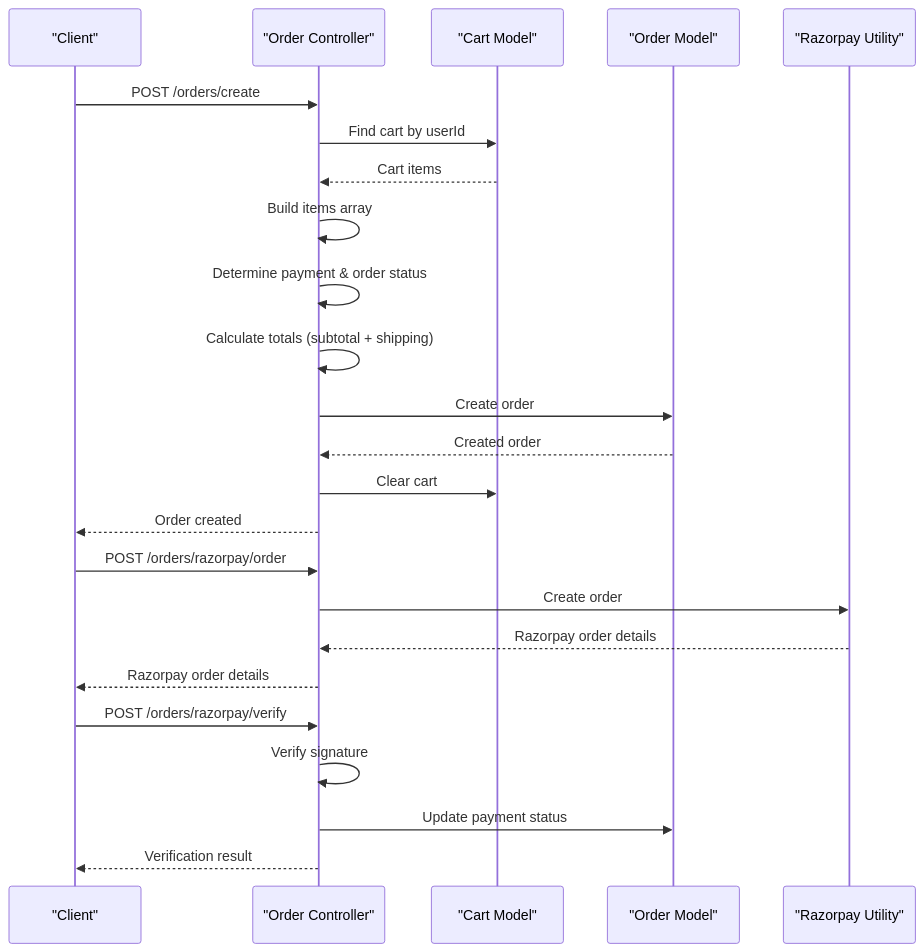
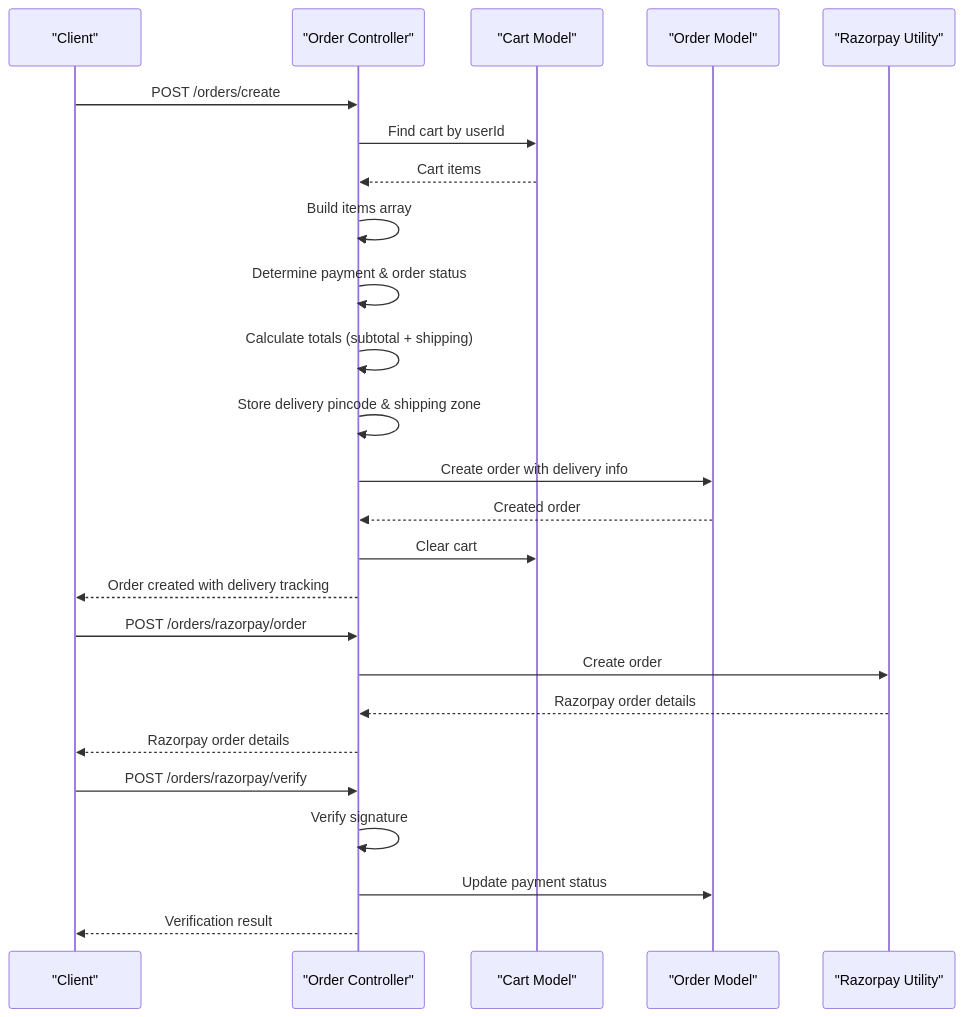
One commit to Pavan-PSPK9032/TrendsandToss changed the fifth of 6 diagrams in .qoder/repowiki/en/content/Backend API Documentation/Delivery Management.md. Above: the diagram before and after it, drawn with Mermaid. The commit also changed other lines of this file and 9 other files, not shown here.

````diff
--- a/.qoder/repowiki/en/content/Backend API Documentation/Delivery Management.md
+++ b/.qoder/repowiki/en/content/Backend API Documentation/Delivery Management.md
@@ -257,26 +288,27 @@
 ```mermaid
 sequenceDiagram
 participant Client as "Client"
 participant OrderCtrl as "Order Controller"
 participant CartModel as "Cart Model"
 participant OrderModel as "Order Model"
 participant Razorpay as "Razorpay Utility"
 Client->>OrderCtrl : POST /orders/create
 OrderCtrl->>CartModel : Find cart by userId
 CartModel-->>OrderCtrl : Cart items
 OrderCtrl->>OrderCtrl : Build items array
 OrderCtrl->>OrderCtrl : Determine payment & order status
 OrderCtrl->>OrderCtrl : Calculate totals (subtotal + shipping)
-OrderCtrl->>OrderModel : Create order
+OrderCtrl->>OrderCtrl : Store delivery pincode & shipping zone
+OrderCtrl->>OrderModel : Create order with delivery info
 OrderModel-->>OrderCtrl : Created order
 OrderCtrl->>CartModel : Clear cart
-OrderCtrl-->>Client : Order created
+OrderCtrl-->>Client : Order created with delivery tracking
 Client->>OrderCtrl : POST /orders/razorpay/order
 OrderCtrl->>Razorpay : Create order
 Razorpay-->>OrderCtrl : Razorpay order details
 OrderCtrl-->>Client : Razorpay order details
 Client->>OrderCtrl : POST /orders/razorpay/verify
 OrderCtrl->>OrderCtrl : Verify signature
 OrderCtrl->>OrderModel : Update payment status
 OrderCtrl-->>Client : Verification result
 ```
````
